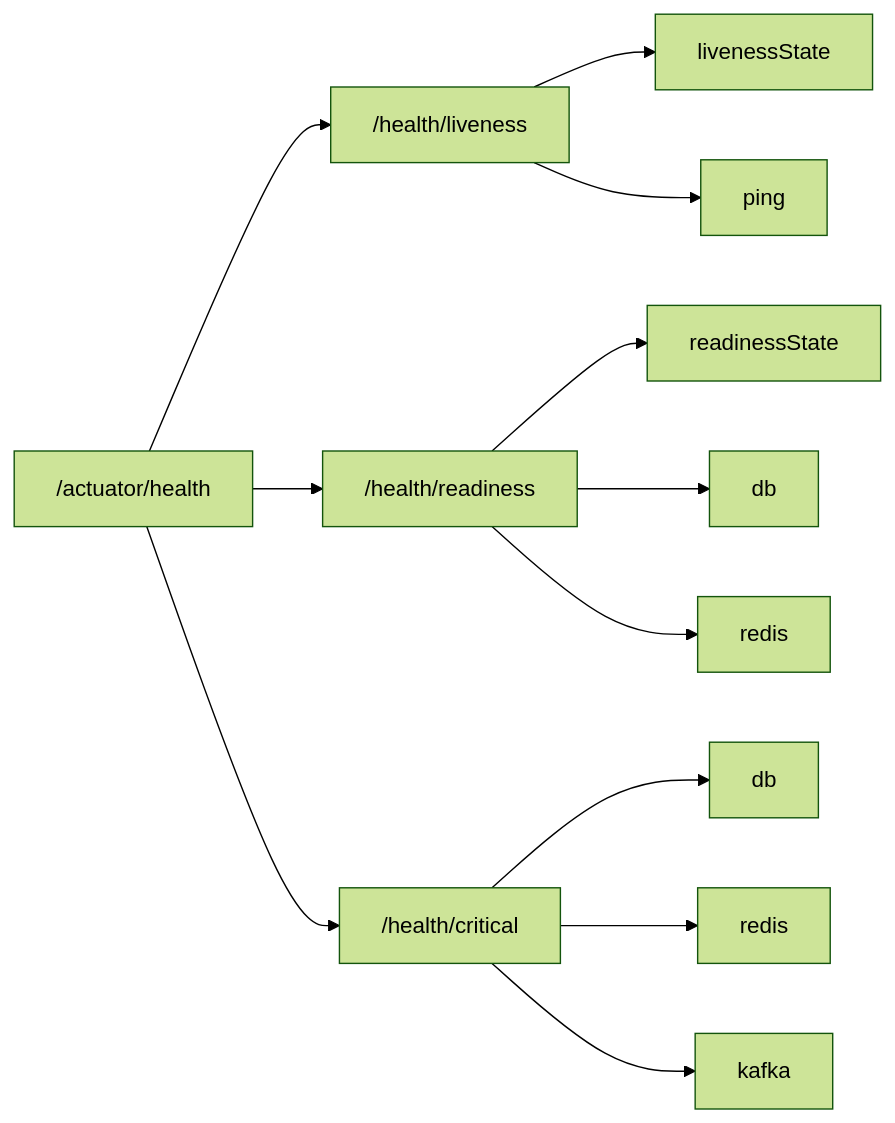
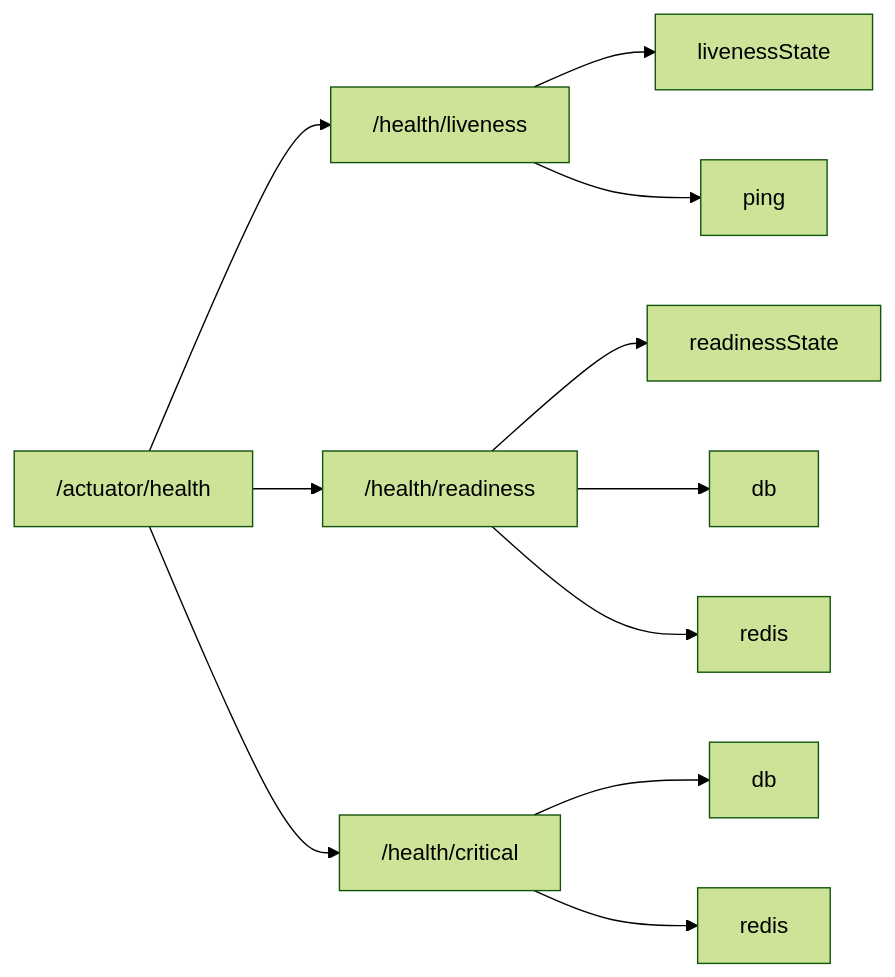
The second of 5 diagrams in cheatsheets/interview/frameworks/spring/spring-boot-actuator-interview.md (akeverus/cheat-sheet), drawn with Mermaid (forest theme) before and after one commit. The commit also changed other lines of this file and 154 other files, not shown here.

````diff
--- a/cheatsheets/interview/frameworks/spring/spring-boot-actuator-interview.md
+++ b/cheatsheets/interview/frameworks/spring/spring-boot-actuator-interview.md
@@ -515,14 +508,13 @@
 ```mermaid
 graph LR
     H["/actuator/health"] --> L["/health/liveness"]
     H --> R["/health/readiness"]
     H --> C["/health/critical"]
     L --> LS[livenessState]
     L --> P[ping]
     R --> RS[readinessState]
     R --> DB[db]
     R --> RD[redis]
     C --> DB2[db]
     C --> RD2[redis]
-    C --> KF[kafka]
 ```
````
